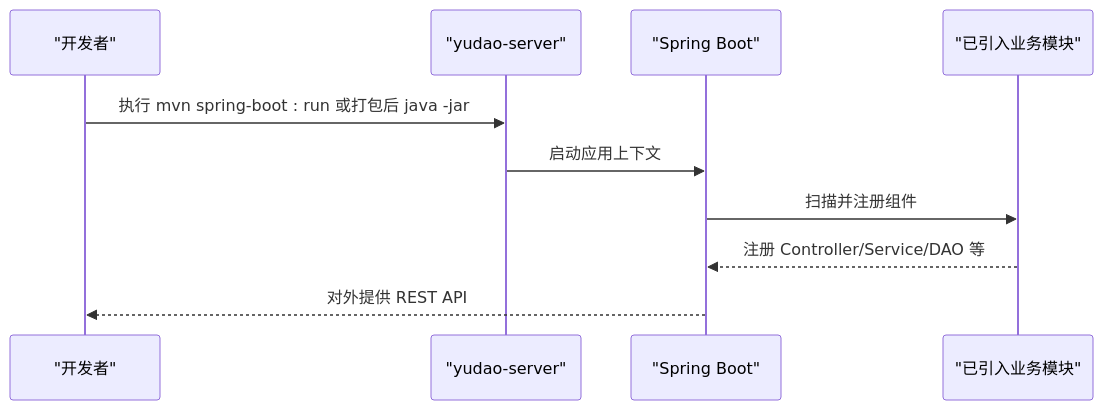
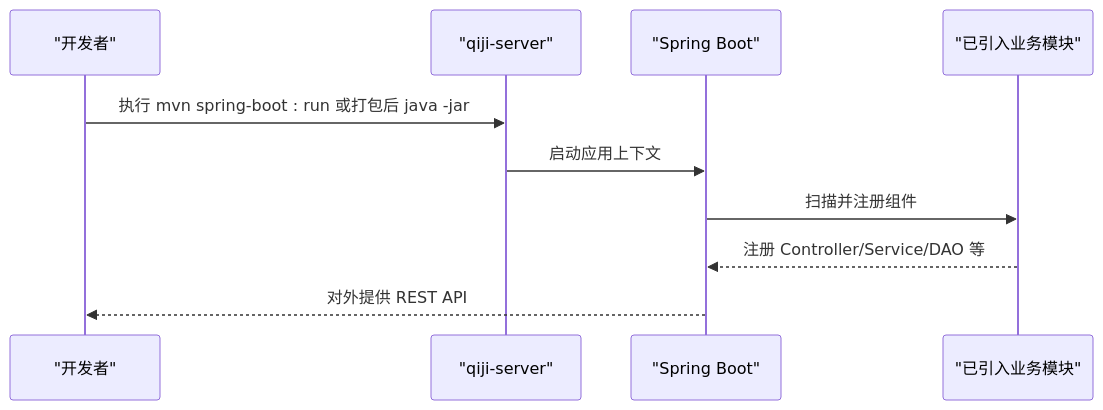
One commit to zhuangpengLI/AgenticCPS changed the fourth of 5 diagrams in backend/.qoder/repowiki/zh/content/项目概述/项目模块架构.md. Above: the diagram before and after it, drawn with Mermaid. The commit also changed other lines of this file and 3489 other files, not shown here.

````diff
--- a/backend/.qoder/repowiki/zh/content/项目概述/项目模块架构.md
+++ b/backend/.qoder/repowiki/zh/content/项目概述/项目模块架构.md
@@ -199,12 +199,12 @@
 ```mermaid
 sequenceDiagram
 participant Dev as "开发者"
-participant Srv as "yudao-server"
+participant Srv as "qiji-server"
 participant Boot as "Spring Boot"
 participant Modules as "已引入业务模块"
 Dev->>Srv : 执行 mvn spring-boot : run 或打包后 java -jar
 Srv->>Boot : 启动应用上下文
 Boot->>Modules : 扫描并注册组件
 Modules-->>Boot : 注册 Controller/Service/DAO 等
 Boot-->>Dev : 对外提供 REST API
 ```
````
